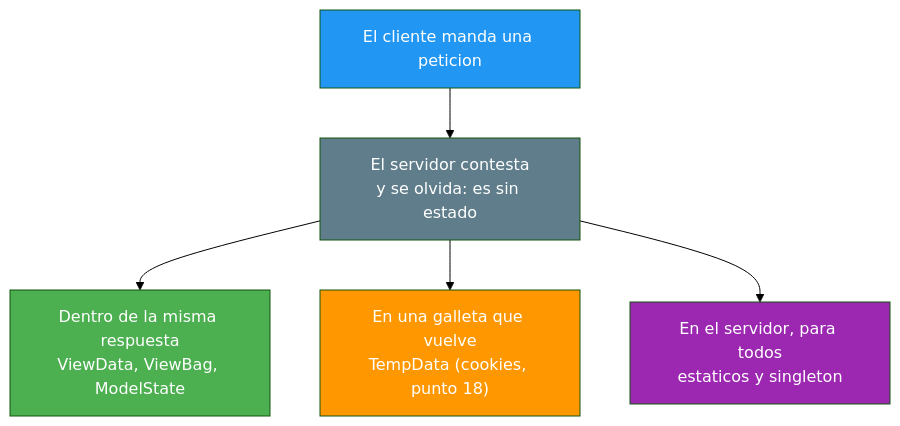
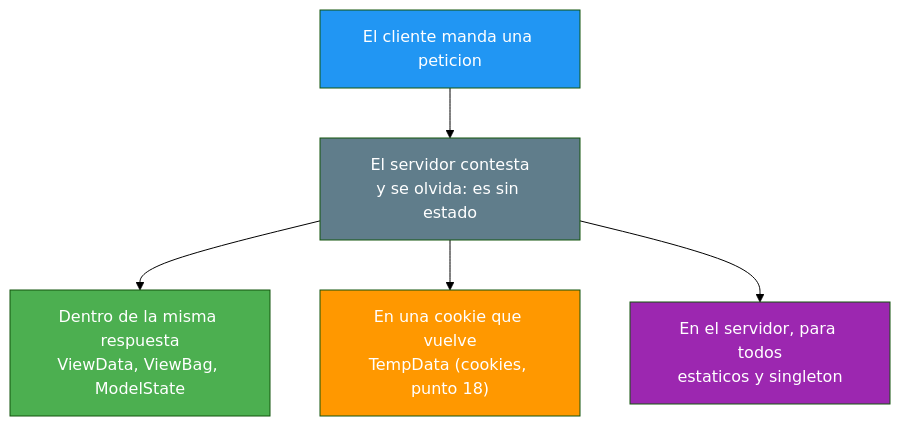
Before and after one commit to joseluisgs/DesarrolloWebEntornosServidor-03-2026-2027: the first of 4 diagrams in 17-estado-app.md, drawn with Mermaid (forest theme). The commit also changed other lines of this file and 1 other file, not shown here.

Commit message:
docs: unificar el termino cookie, completar el 18 con JavaScript, Redis y ejemplos malo-bueno

````diff
--- a/17-estado-app.md
+++ b/17-estado-app.md
@@ -84,12 +84,12 @@
 ```mermaid
 graph TD
     P["El cliente manda una peticion"] --> R["El servidor contesta<br/>y se olvida: es sin estado"]
     R --> T1["Dentro de la misma respuesta<br/>ViewData, ViewBag, ModelState"]
-    R --> T2["En una galleta que vuelve<br/>TempData (cookies, punto 18)"]
+    R --> T2["En una cookie que vuelve<br/>TempData (cookies, punto 18)"]
     R --> T3["En el servidor, para todos<br/>estaticos y singleton"]
     style P fill:#2196F3,color:#fff
     style R fill:#607D8B,color:#fff
     style T1 fill:#4CAF50,color:#fff
     style T2 fill:#FF9800,color:#fff
     style T3 fill:#9C27B0,color:#fff
 ```
````
